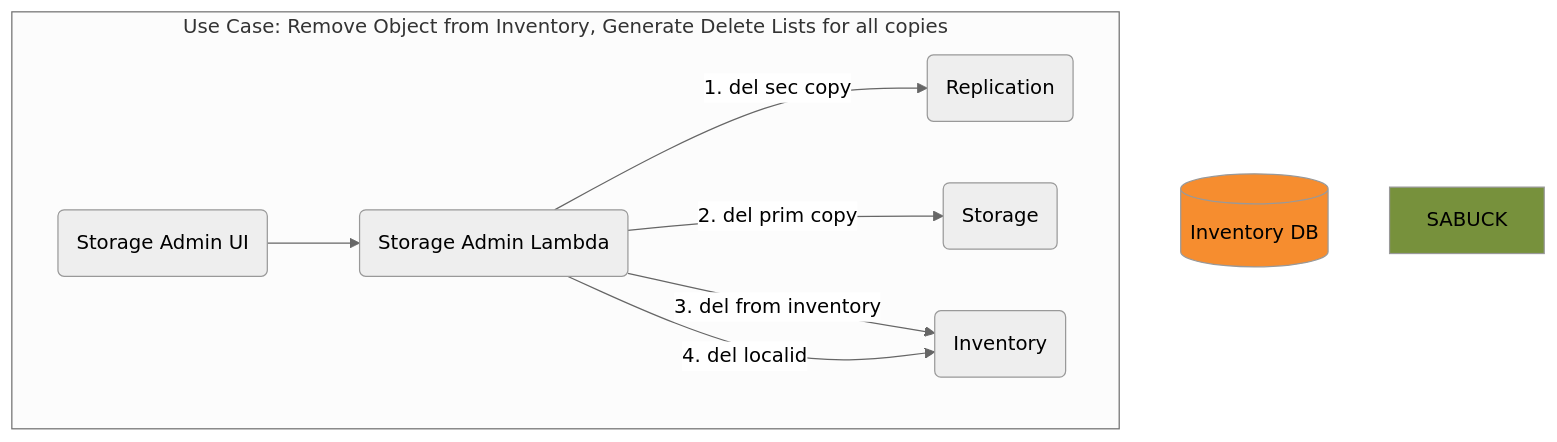
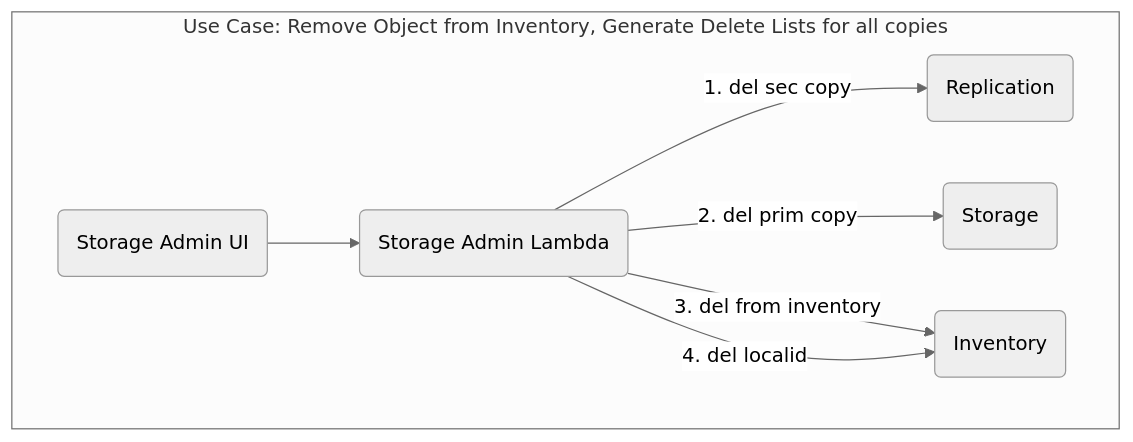
Before and after one commit to CDLUC3/mrt-doc: the diagram in diagrams/store-admin-del-node-obj.mmd, drawn with Mermaid. The commit also changed other lines of this file and 6 other files, not shown here.

```diff
--- a/diagrams/store-admin-del-node-obj.mmd
+++ b/diagrams/store-admin-del-node-obj.mmd
@@ -1,19 +1,15 @@
 %%{init: {'theme': 'neutral', 'securityLevel': 'loose'}}%%
 graph TD
   SAUI("Storage Admin UI")
   SA("Storage Admin Lambda")
-  RDS[(Inventory DB)]
   REPLIC(Replication)
   ST(Storage)
   INV(Inventory)
 
   subgraph "Use Case: Remove Object from Inventory, Generate Delete Lists for all copies"
     SAUI-->SA
     SA-->|"1. del sec copy"|REPLIC
     SA-->|"2. del prim copy"|ST
     SA-->|"3. del from inventory"|INV
     SA-->|"4. del localid"|INV
-  end
-
-  style RDS fill:#F68D2F
-  style SABUCK fill:#77913C
+  end  
```
